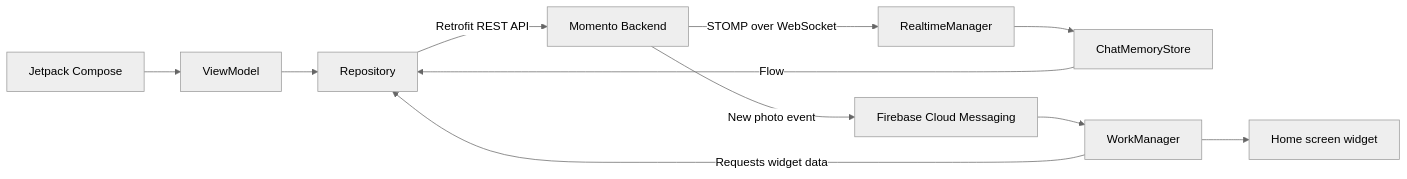
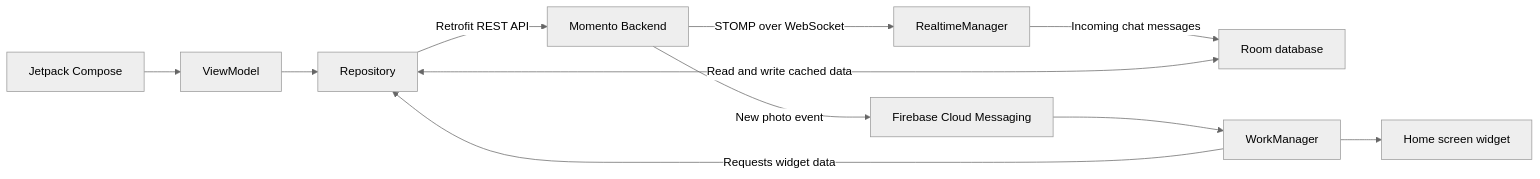
Before and after one commit to Thuong-actvn/Momento-Android: the diagram in README.md, drawn with Mermaid (neutral theme). The commit also changed other lines of this file, not shown here.

````diff
--- a/README.md
+++ b/README.md
@@ -34,13 +34,13 @@
 ```mermaid
 flowchart LR
     UI[Jetpack Compose] --> VM[ViewModel]
     VM --> REPO[Repository]
     REPO -->|Retrofit REST API| API[Momento Backend]
     API -->|STOMP over WebSocket| RT[RealtimeManager]
-    RT --> CHAT[ChatMemoryStore]
-    CHAT -->|Flow| REPO
+    RT -->|Incoming chat messages| ROOM[Room database]
+    REPO <-->|Read and write cached data| ROOM
     API -->|New photo event| FCM[Firebase Cloud Messaging]
     FCM --> WORK[WorkManager]
     WORK -->|Requests widget data| REPO
     WORK --> WIDGET[Home screen widget]
 ```
````
